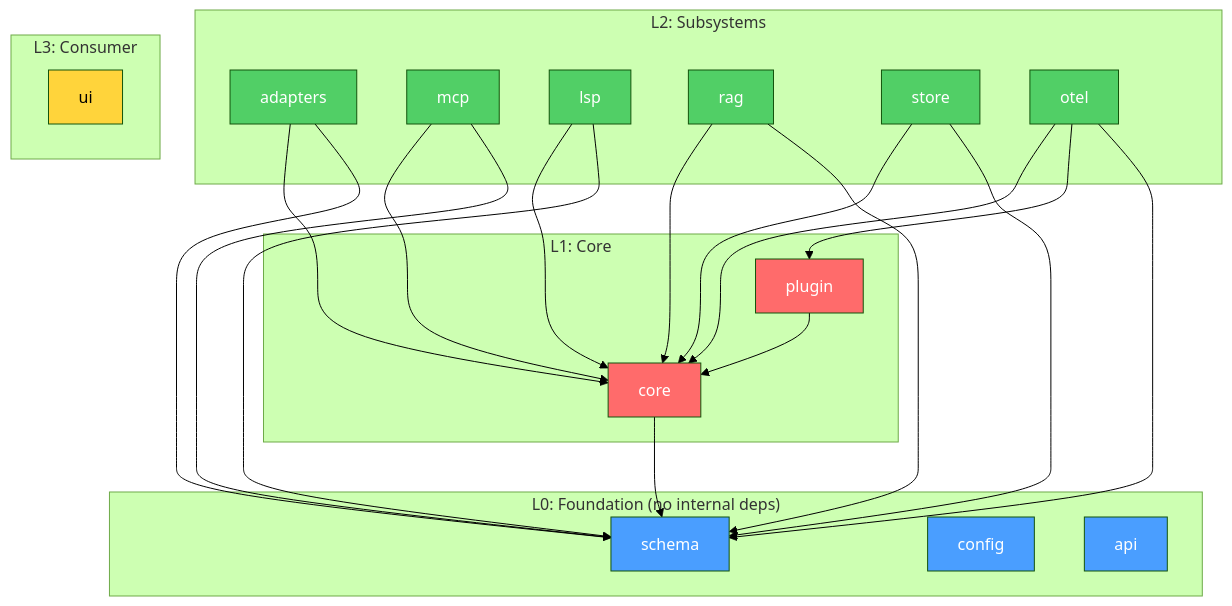
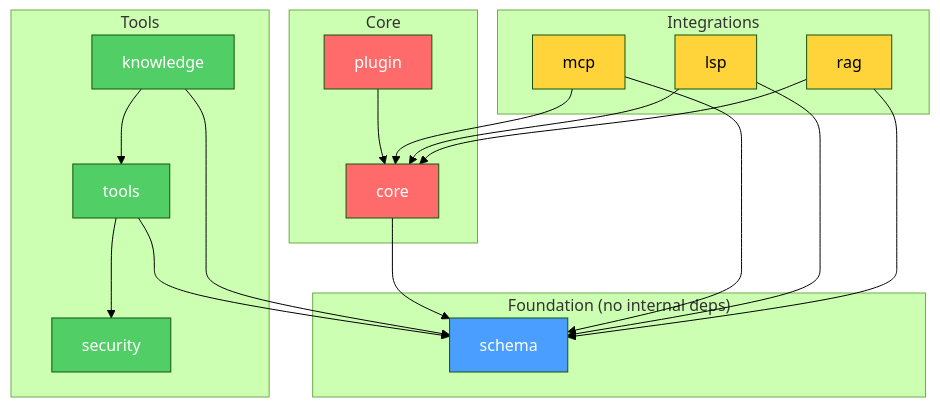
One commit to vinhnt-develop/vinhnt-sdk changed the first of 5 diagrams in docs/guides/architecture.md. Above: the diagram before and after it, drawn with Mermaid (forest theme). The commit also changed other lines of this file and 47 other files, not shown here.

````diff
--- a/docs/guides/architecture.md
+++ b/docs/guides/architecture.md
@@ -37,55 +37,46 @@
 ```mermaid
 graph TD
-    subgraph "L0: Foundation (no internal deps)"
+    subgraph "Foundation (no internal deps)"
         schema["schema"]
-        config["config"]
-        api["api"]
     end
 
-    subgraph "L1: Core"
+    subgraph "Core"
         core["core"]
         plugin["plugin"]
     end
 
-    subgraph "L2: Subsystems"
-        adapters["adapters"]
+    subgraph "Tools"
+        tools["tools"]
+        knowledge["knowledge"]
+        security["security"]
+    end
+
+    subgraph "Integrations"
         mcp["mcp"]
         lsp["lsp"]
         rag["rag"]
-        store["store"]
-        otel["otel"]
-    end
-
-    subgraph "L3: Consumer"
-        ui["ui"]
     end
 
     core --> schema
+    tools --> schema
+    tools --> security
+    knowledge --> schema
+    knowledge --> tools
     plugin --> core
-    adapters --> core
-    adapters --> schema
     mcp --> core
     mcp --> schema
     lsp --> core
     lsp --> schema
     rag --> core
     rag --> schema
-    store --> core
-    store --> schema
-    otel --> core
-    otel --> plugin
-    otel --> schema
 
     style schema fill:#4a9eff,color:#fff
-    style config fill:#4a9eff,color:#fff
-    style api fill:#4a9eff,color:#fff
     style core fill:#ff6b6b,color:#fff
     style plugin fill:#ff6b6b,color:#fff
-    style adapters fill:#51cf66,color:#fff
-    style mcp fill:#51cf66,color:#fff
-    style lsp fill:#51cf66,color:#fff
-    style rag fill:#51cf66,color:#fff
-    style store fill:#51cf66,color:#fff
-    style otel fill:#51cf66,color:#fff
-    style ui fill:#ffd43b,color:#000
+    style tools fill:#51cf66,color:#fff
+    style knowledge fill:#51cf66,color:#fff
+    style security fill:#51cf66,color:#fff
+    style mcp fill:#ffd43b,color:#000
+    style lsp fill:#ffd43b,color:#000
+    style rag fill:#ffd43b,color:#000
 ```
````
